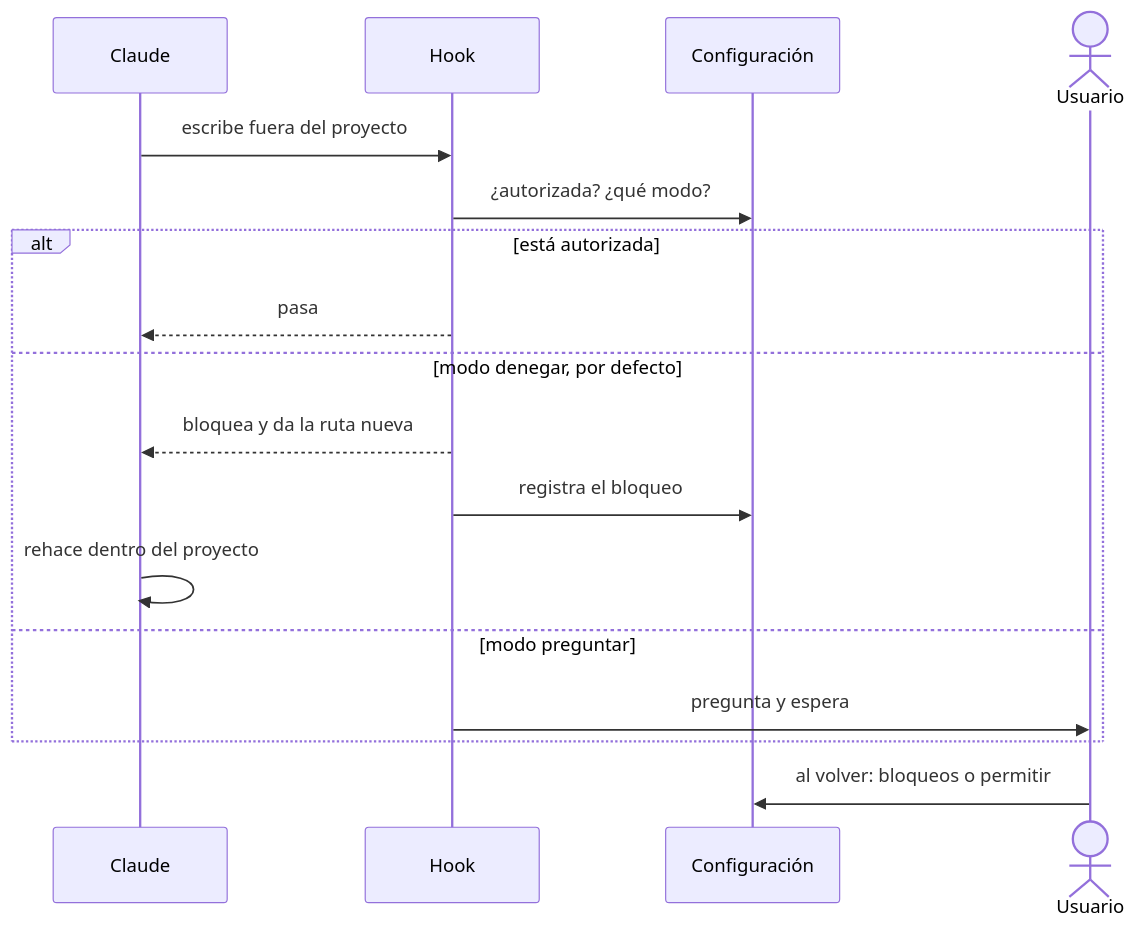
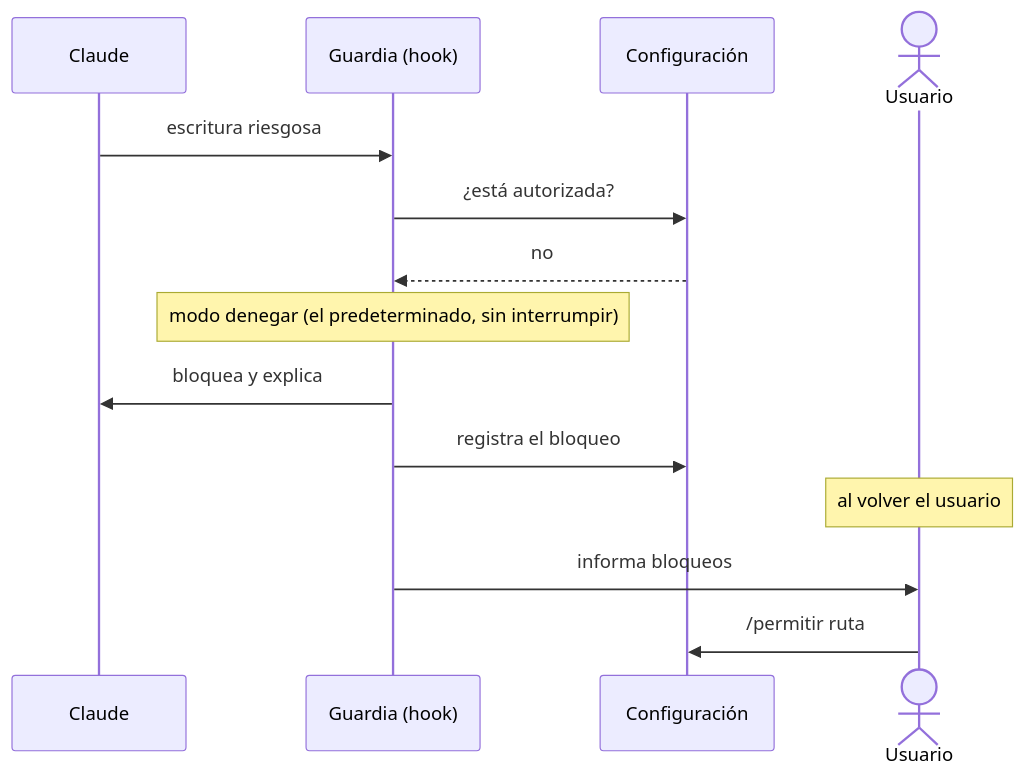
One commit to dante-sinesi/senior-developer-skill changed the diagram in docs/diagramas/hooks.md. Above: the diagram before and after it, drawn with Mermaid. The commit also changed 29 other files, not shown here.

First line of the commit message:
feat(readme): portada, cifras medidas y diagramas como tarjetas SVG (#68)

````diff
--- a/docs/diagramas/hooks.md
+++ b/docs/diagramas/hooks.md
@@ -14,19 +14,16 @@
 ```mermaid
 sequenceDiagram
     participant C as Claude
-    participant H as Hook
+    participant H as Guardia (hook)
     participant K as Configuración
     actor U as Usuario
-    C->>H: escribe fuera del proyecto
-    H->>K: ¿autorizada? ¿qué modo?
-    alt está autorizada
-        H-->>C: pasa
-    else modo denegar, por defecto
-        H-->>C: bloquea y da la ruta nueva
-        H->>K: registra el bloqueo
-        C->>C: rehace dentro del proyecto
-    else modo preguntar
-        H->>U: pregunta y espera
-    end
-    U->>K: al volver: bloqueos o permitir
+    C->>H: escritura riesgosa
+    H->>K: ¿está autorizada?
+    K-->>H: no
+    Note over H: modo denegar (el predeterminado, sin interrumpir)
+    H->>C: bloquea y explica
+    H->>K: registra el bloqueo
+    Note over U: al volver el usuario
+    H->>U: informa bloqueos
+    U->>K: /permitir ruta
 ```
````
